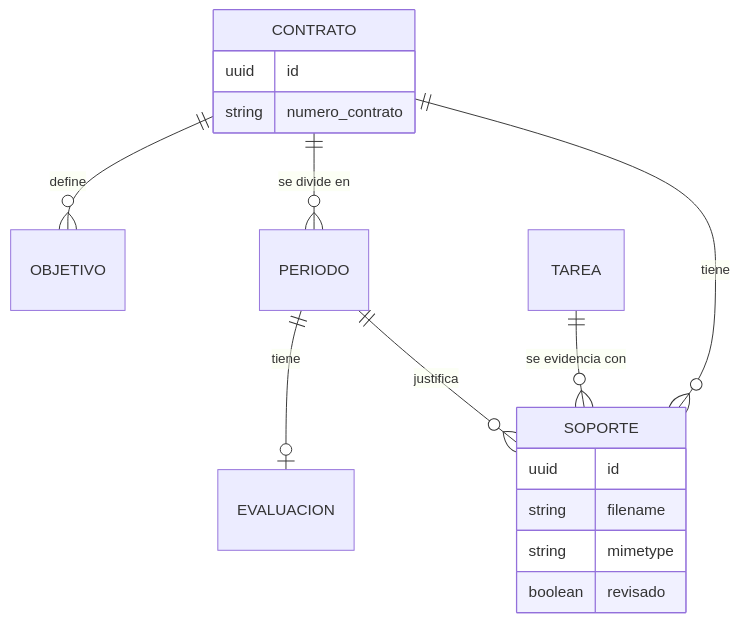
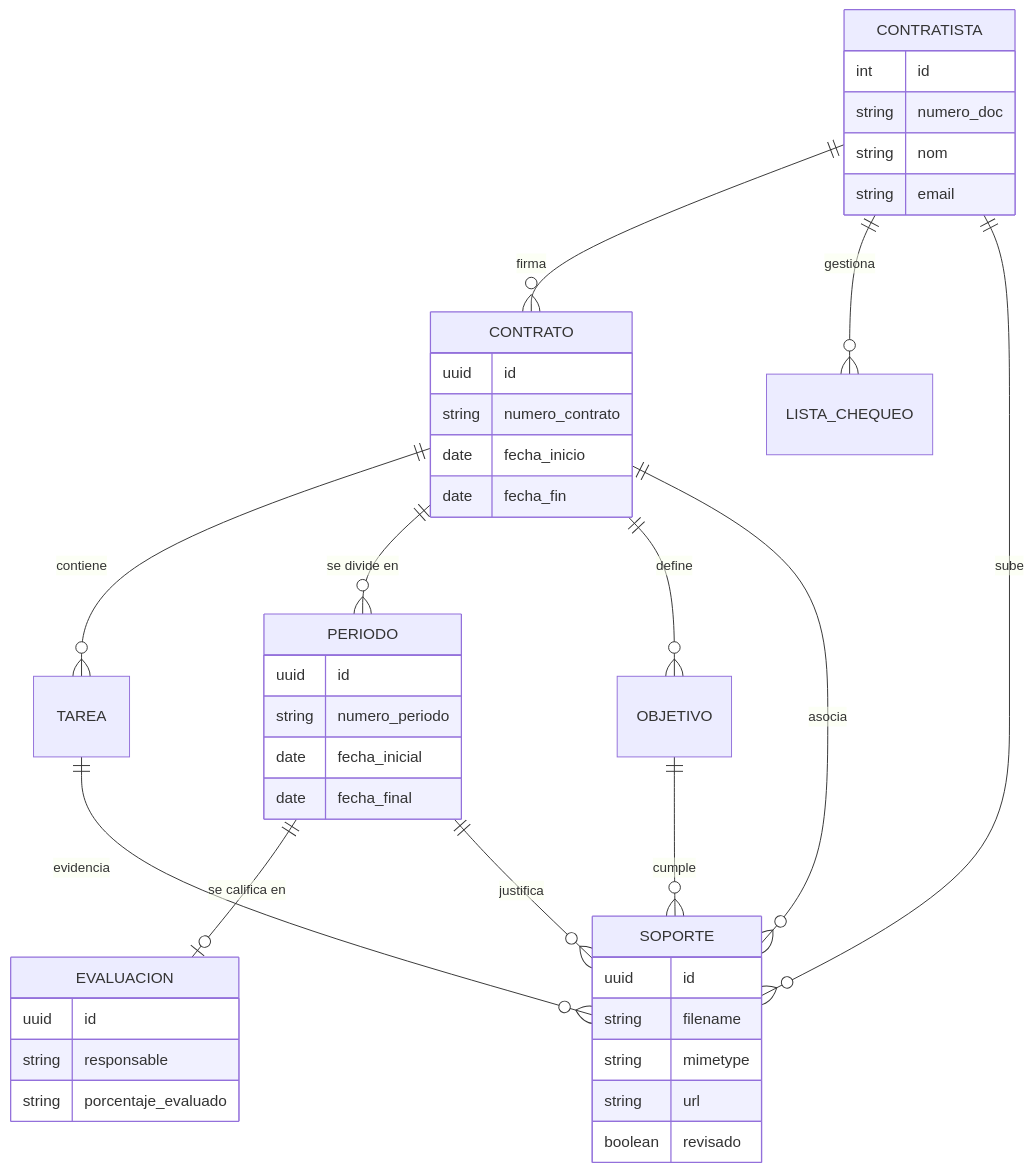
One commit to DesarrolloSiellano/contratos-backend-bpo changed the first of 2 diagrams in ARCHITECTURE.md. Above: the diagram before and after it, drawn with Mermaid. The commit also changed other lines of this file and 12 other files, not shown here.

````diff
--- a/ARCHITECTURE.md
+++ b/ARCHITECTURE.md
@@ -7,20 +9,48 @@
 ```mermaid
 erDiagram
+    CONTRATISTA ||--o{ CONTRATO : "firma"
+    CONTRATISTA ||--o{ LISTA_CHEQUEO : "gestiona"
+    CONTRATISTA ||--o{ SOPORTE : "sube"
+    
+    CONTRATO ||--o{ TAREA : "contiene"
+    CONTRATO ||--o{ PERIODO : "se divide en"
     CONTRATO ||--o{ OBJETIVO : "define"
-    CONTRATO ||--o{ PERIODO : "se divide en"
-    PERIODO ||--o| EVALUACION : "tiene"
-    CONTRATO ||--o{ SOPORTE : "tiene"
-    TAREA ||--o{ SOPORTE : "se evidencia con"
+    CONTRATO ||--o{ SOPORTE : "asocia"
+    
+    PERIODO ||--o| EVALUACION : "se califica en"
     PERIODO ||--o{ SOPORTE : "justifica"
     
+    TAREA ||--o{ SOPORTE : "evidencia"
+    OBJETIVO ||--o{ SOPORTE : "cumple"
+
+    CONTRATISTA {
+        int id
+        string numero_doc
+        string nom
+        string email
+    }
     CONTRATO {
         uuid id
         string numero_contrato
+        date fecha_inicio
+        date fecha_fin
+    }
+    PERIODO {
+        uuid id
+        string numero_periodo
+        date fecha_inicial
+        date fecha_final
+    }
+    EVALUACION {
+        uuid id
+        string responsable
+        string porcentaje_evaluado
     }
     SOPORTE {
         uuid id
         string filename
         string mimetype
+        string url
         boolean revisado
     }
 ```
````
